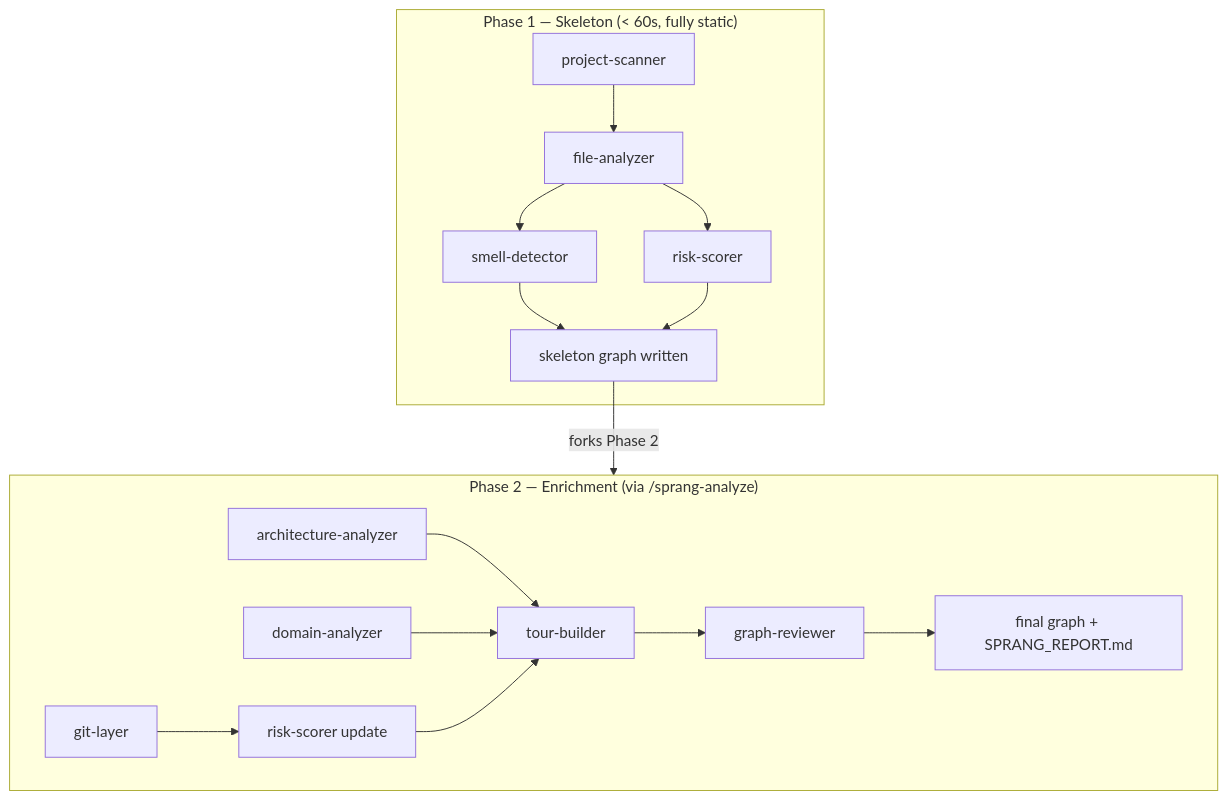
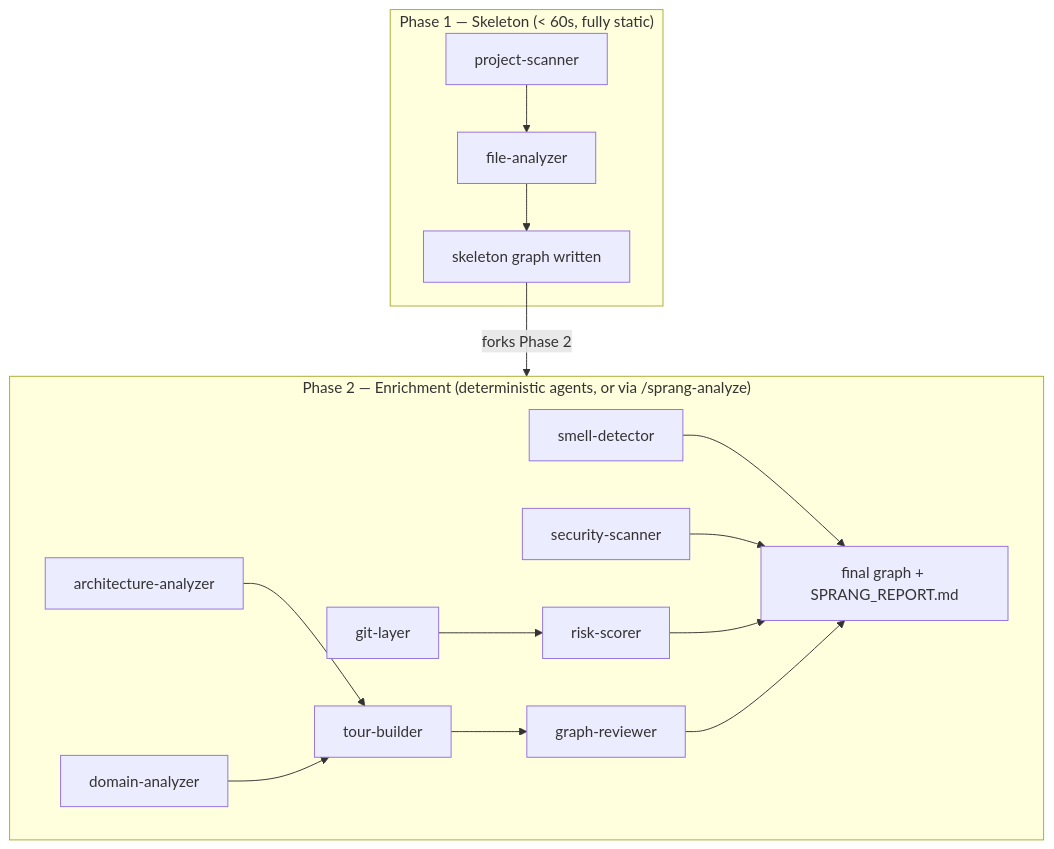
The second of 3 diagrams in README.md (FavioVazquez/sprang), drawn with Mermaid before and after one commit. The commit also changed other lines of this file and 25 other files, not shown here.

First line of the commit message:
v0.2.4 — fix /sprang-analyze schema-invalid graph, share merge normalization with the CLI, one-command install

````diff
--- a/README.md
+++ b/README.md
@@ -862,19 +871,18 @@
 ```mermaid
 flowchart TB
     subgraph Phase1 ["Phase 1 — Skeleton (< 60s, fully static)"]
         PS[project-scanner] --> FA[file-analyzer]
-        FA --> SD[smell-detector]
-        FA --> RS[risk-scorer]
-        SD --> SG[skeleton graph written]
-        RS --> SG
+        FA --> SG[skeleton graph written]
     end
-    subgraph Phase2 ["Phase 2 — Enrichment (via /sprang-analyze)"]
+    subgraph Phase2 ["Phase 2 — Enrichment (deterministic agents, or via /sprang-analyze)"]
+        SM[smell-detector] --> FG[final graph + SPRANG_REPORT.md]
+        SEC[security-scanner] --> FG
+        G3[git-layer] --> RS[risk-scorer]
         G1[architecture-analyzer] --> TB[tour-builder]
         G2[domain-analyzer] --> TB
-        G3[git-layer] --> RS2[risk-scorer update]
-        RS2 --> TB
+        RS --> FG
         TB --> GR[graph-reviewer]
-        GR --> FG[final graph + SPRANG_REPORT.md]
+        GR --> FG
     end
     SG -->|"forks Phase 2"| Phase2
 ```
````
